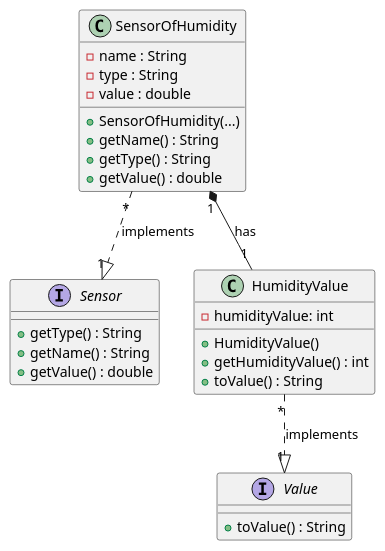
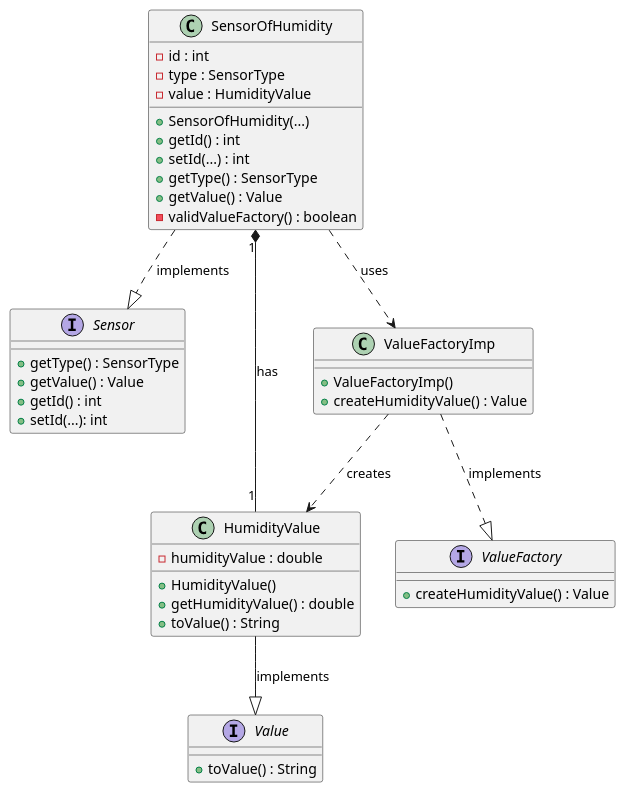
Before and after one commit to ozepedrorodrigues/projetoIntermedio: the diagram in projetoIntermedio/docs/class/useCase/UC11/UC11.puml, drawn with PlantUML. The commit also changed 3 other files, not shown here.

```diff
--- a/projetoIntermedio/docs/class/useCase/UC11/UC11.puml
+++ b/projetoIntermedio/docs/class/useCase/UC11/UC11.puml
@@ -1,38 +1,50 @@
 @startuml
-
 interface Sensor {
-
-  + getType() : String
-  + getName() : String
-  + getValue() : double
+    + getType() : SensorType
+    + getValue() : Value
+    + getId() : int
+    + setId(...): int
 }
 
 class SensorOfHumidity {
-  - name : String
-  - type : String
-  - value : double
+    - id : int
+    - type : SensorType
+    - value : HumidityValue
 
-  + SensorOfHumidity(...)
-  + getName() : String
-  + getType() : String
-  + getValue() : double
+   + SensorOfHumidity(...)
+   + getId() : int
+   + setId(...) : int
+   + getType() : SensorType
+   + getValue() : Value
+   - validValueFactory() : boolean
 }
 
 class HumidityValue {
-  - humidityValue: int
+   - humidityValue : double
 
-  + HumidityValue()
-  + getHumidityValue() : int
-  + toValue() : String
+   + HumidityValue()
+   + getHumidityValue() : double
+   + toValue() : String
 }
 
 interface Value {
-  + toValue() : String
+   + toValue() : String
 }
 
-SensorOfHumidity "*" ..|> "1" Sensor : implements
-SensorOfHumidity "1" *-- "1" HumidityValue : has
+interface ValueFactory {
+   + createHumidityValue() : Value
+}
 
-HumidityValue "*" ..|> "1" Value : implements
+class ValueFactoryImp {
+    + ValueFactoryImp()
+    + createHumidityValue() : Value
+}
+
+SensorOfHumidity ..|> Sensor : implements
+SensorOfHumidity"1" *-- "1" HumidityValue : has
+HumidityValue --|> Value : implements
+ValueFactoryImp ..|> ValueFactory : implements
+ValueFactoryImp ..> HumidityValue : creates
+SensorOfHumidity ..> ValueFactoryImp : uses
 
 @enduml
```
